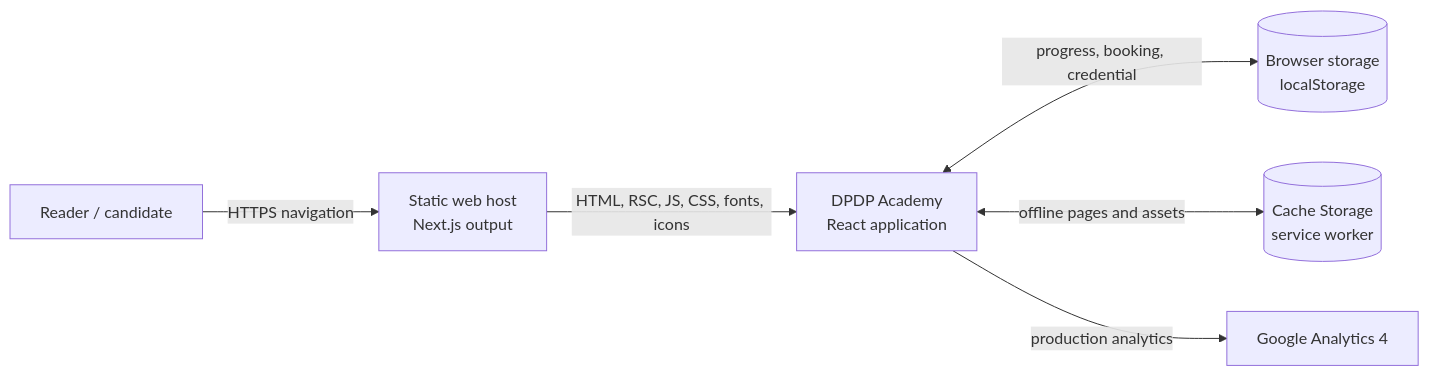
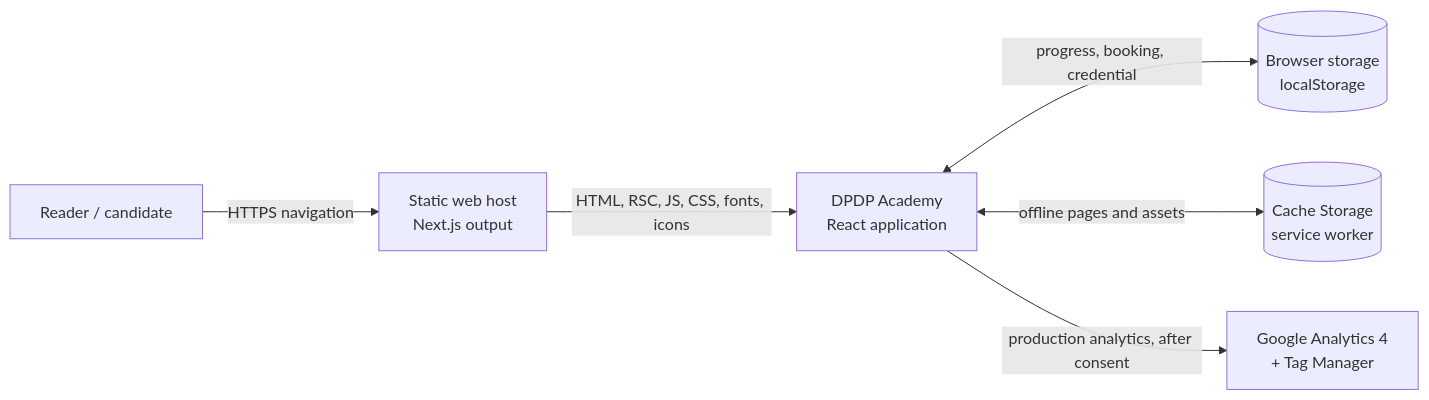
One commit to ajitbubu/dpdpact.net changed the first of 6 diagrams in ARCHITECTURE.md. Above: the diagram before and after it, drawn with Mermaid. The commit also changed other lines of this file and 5 other files, not shown here.

````diff
--- a/ARCHITECTURE.md
+++ b/ARCHITECTURE.md
@@ -7,15 +7,15 @@
 ```mermaid
 flowchart LR
     U[Reader / candidate]
     H[Static web host<br/>Next.js output]
     A[DPDP Academy<br/>React application]
     B[(Browser storage<br/>localStorage)]
     C[(Cache Storage<br/>service worker)]
-    G[Google Analytics 4]
+    G[Google Analytics 4<br/>+ Tag Manager]
 
     U -->|HTTPS navigation| H
     H -->|HTML, RSC, JS, CSS, fonts, icons| A
     A <--> |progress, booking, credential| B
     A <--> |offline pages and assets| C
-    A -->|production analytics| G
+    A -->|production analytics, after consent| G
 ```
````
